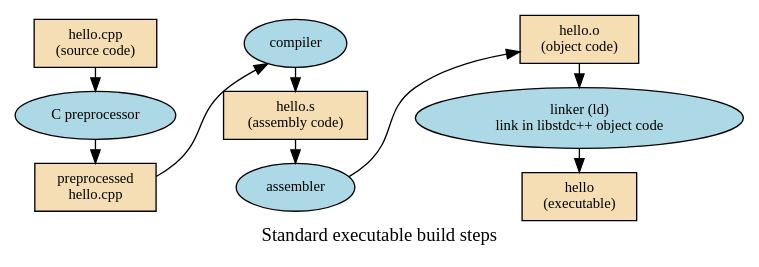
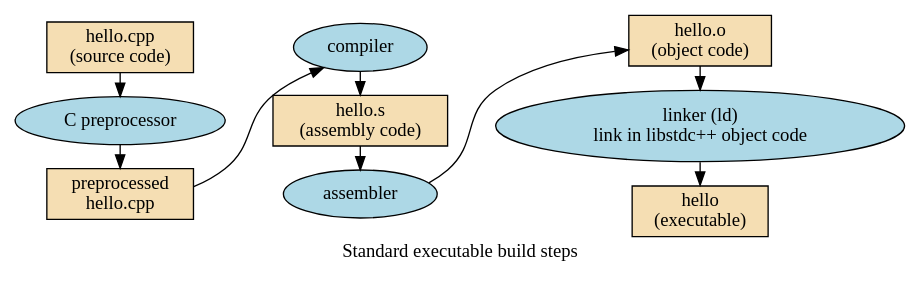
The diagram in _sources/beginnings/make.rst (DaveParillo/intermediate-cpp), drawn with Graphviz before and after one commit. The commit also changed other lines of this file and 7 other files, not shown here.

```diff
--- a/_sources/beginnings/make.rst
+++ b/_sources/beginnings/make.rst
@@ -60,29 +60,35 @@
 .. graphviz::
+   :alt: Standard executable build steps
 
    digraph foo {
      fontname = "Bitstream Vera Sans"
      label="Standard executable build steps";
      labelloc=bottom;
      rankdir=LR;
      node [
         fontname = "Bitstream Vera Sans"
-        fontsize = 11
+        fontsize = 14
         style=filled
         fillcolor=lightblue
-     ]
+     ];
 
+     cpp [label="C preprocessor"];
+     gcc [label="compiler"];
+     as  [label="assembler"];
+     ld [label="linker (ld)\nlink in libstdc++ object code"];
 
-     hello [label="hello.cpp\n(source code)", shape=box, fillcolor=wheat];
-     cpp [label="C preprocessor"];
-     cpp2 [label="preprocessed\nhello.cpp", shape=box, fillcolor=wheat];
-     gcc [label="compiler"];
-     asm [label="hello.s\n(assembly code)", shape=box, fillcolor=wheat];
-     as [label="assembler"];
-     obj [label="hello.o\n(object code)", shape=box, fillcolor=wheat];
-     ld [label="linker (ld)\nlink in libstdc++ object code"];
-     exe [label="hello\n(executable)", shape=box, fillcolor=wheat];
+     node [
+        shape=box,
+        fillcolor=wheat
+     ];
+     hello [label="hello.cpp\n(source code)"];
+     cpp2 [label="preprocessed\nhello.cpp"];
+     asm [label="hello.s\n(assembly code)"];
+     obj [label="hello.o\n(object code)"];
+     exe [label="hello\n(executable)"];
+
      hello -> cpp -> cpp2 ->gcc -> asm -> as ->obj -> ld -> exe; 
 
      {rank=same hello cpp cpp2} -> {rank=same gcc asm as} -> {rank=same obj ld exe} [style=invis]
 
    }
```
